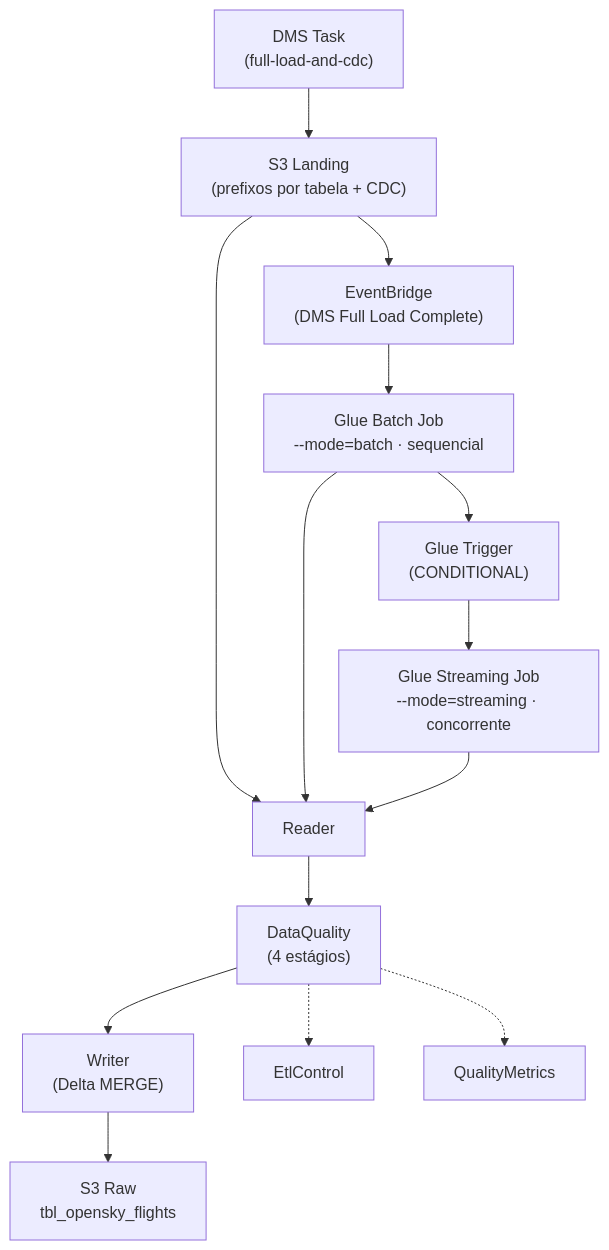
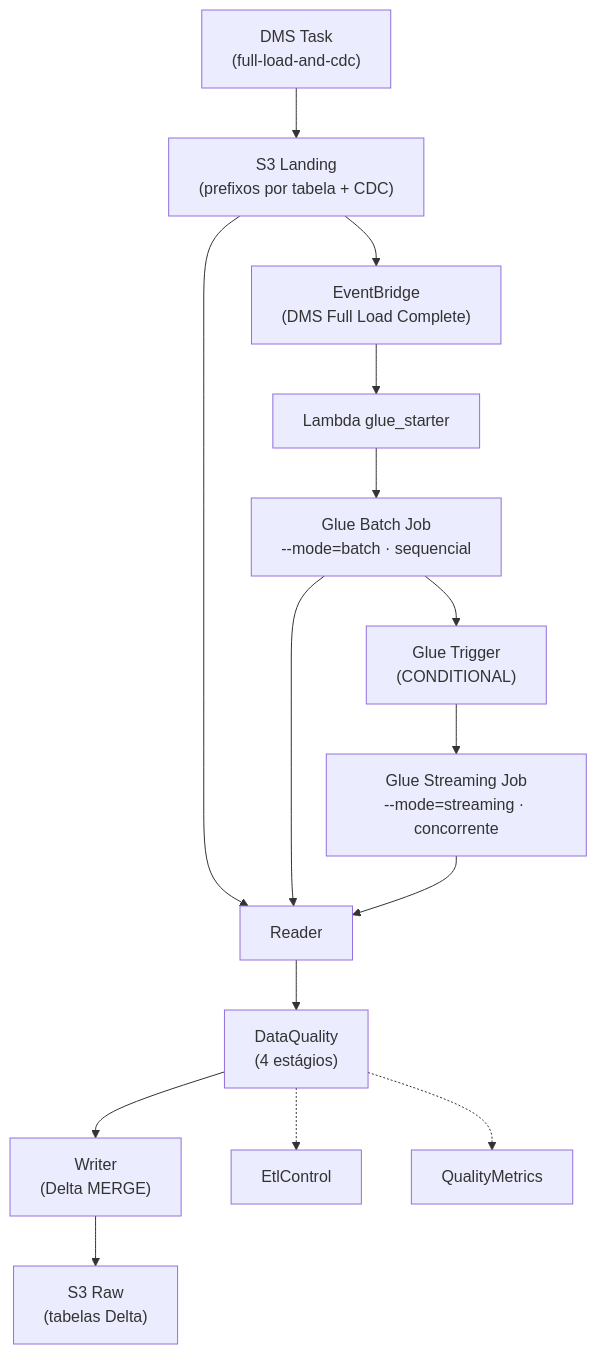
The first of 2 diagrams in docs-sdd/spec.md (jamilvilela/aws-streaming-flight-radar-glue), drawn with Mermaid before and after one commit. The commit also changed other lines of this file and 27 other files, not shown here.

````diff
--- a/docs-sdd/spec.md
+++ b/docs-sdd/spec.md
@@ -39,29 +38,31 @@
 ```mermaid
 flowchart TD
     DMS["DMS Task<br/>(full-load-and-cdc)"]
     LAND["S3 Landing<br/>(prefixos por tabela + CDC)"]
     EVB["EventBridge<br/>(DMS Full Load Complete)"]
+    LAMBDA["Lambda glue_starter"]
     BATCH["Glue Batch Job<br/>--mode=batch · sequencial"]
     TRIG["Glue Trigger<br/>(CONDITIONAL)"]
     STREAM["Glue Streaming Job<br/>--mode=streaming · concorrente"]
     READER["Reader"]
     DQ["DataQuality<br/>(4 estágios)"]
     WRITER["Writer<br/>(Delta MERGE)"]
-    RAW["S3 Raw<br/>tbl_opensky_flights"]
+    RAW["S3 Raw<br/>(tabelas Delta)"]
     ETL["EtlControl"]
     QM["QualityMetrics"]
 
     DMS --> LAND
     LAND --> EVB
-    EVB --> BATCH
+    EVB --> LAMBDA
+    LAMBDA --> BATCH
     BATCH --> TRIG
     TRIG --> STREAM
     LAND --> READER
     BATCH --> READER
     STREAM --> READER
     READER --> DQ
     DQ --> WRITER
     WRITER --> RAW
     DQ -.-> ETL
     DQ -.-> QM
 ```
````
